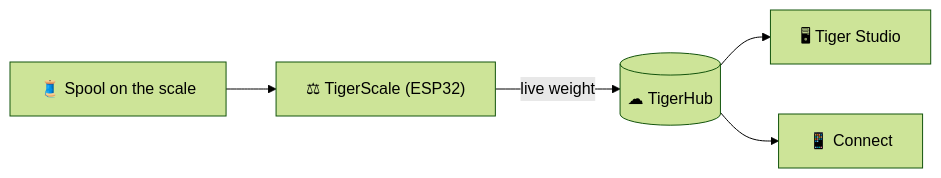
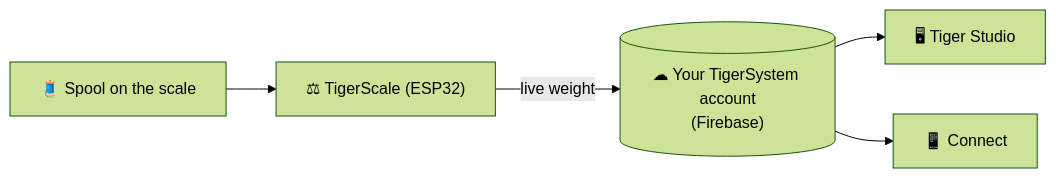
The diagram in docs/products/tigerscale.md (TigerTag-Project/TigerSystem-Docs), drawn with Mermaid (forest theme) before and after one commit. The commit also changed other lines of this file and 22 other files, not shown here.

Commit message:
Correct the TigerHub definition: TigerHub is the tigersystem.io web platform (showcase + social sandbox); the backend is plain, unbranded Firebase

````diff
--- a/docs/products/tigerscale.md
+++ b/docs/products/tigerscale.md
@@ -15,6 +15,6 @@
 ```mermaid
 flowchart LR
     SPOOL["🧵 Spool on the scale"] --> SCALE["⚖ TigerScale (ESP32)"]
-    SCALE -- "live weight" --> CLOUD[("☁ TigerHub")]
+    SCALE -- "live weight" --> CLOUD[("☁ Your TigerSystem account<br/>(Firebase)")]
     CLOUD --> ST["🖥 Tiger Studio"] & CO["📱 Connect"]
 ```
````
